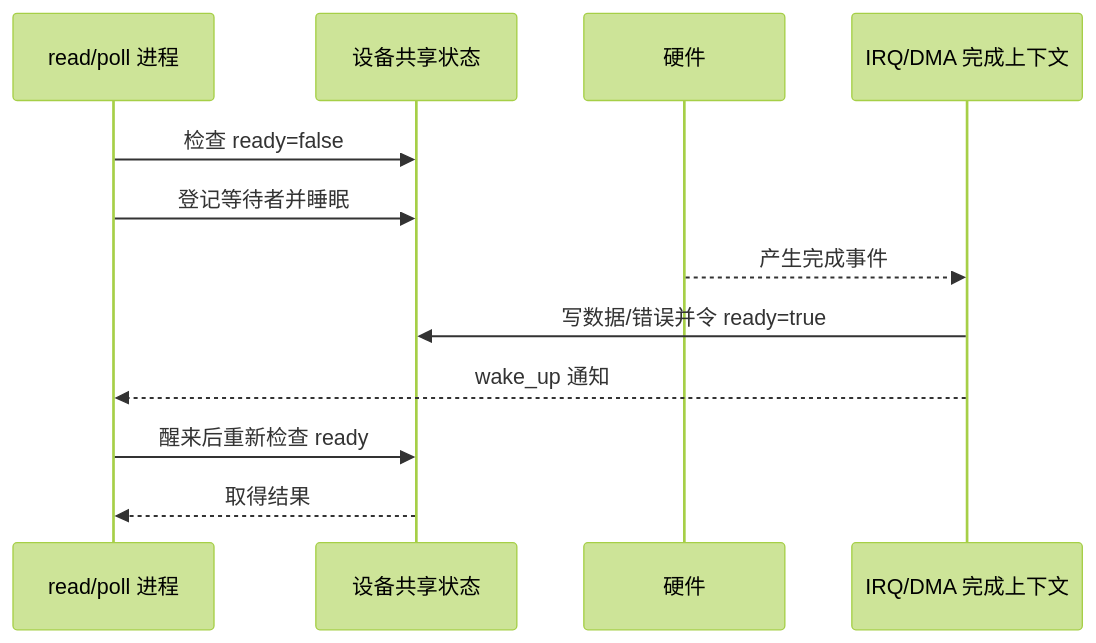
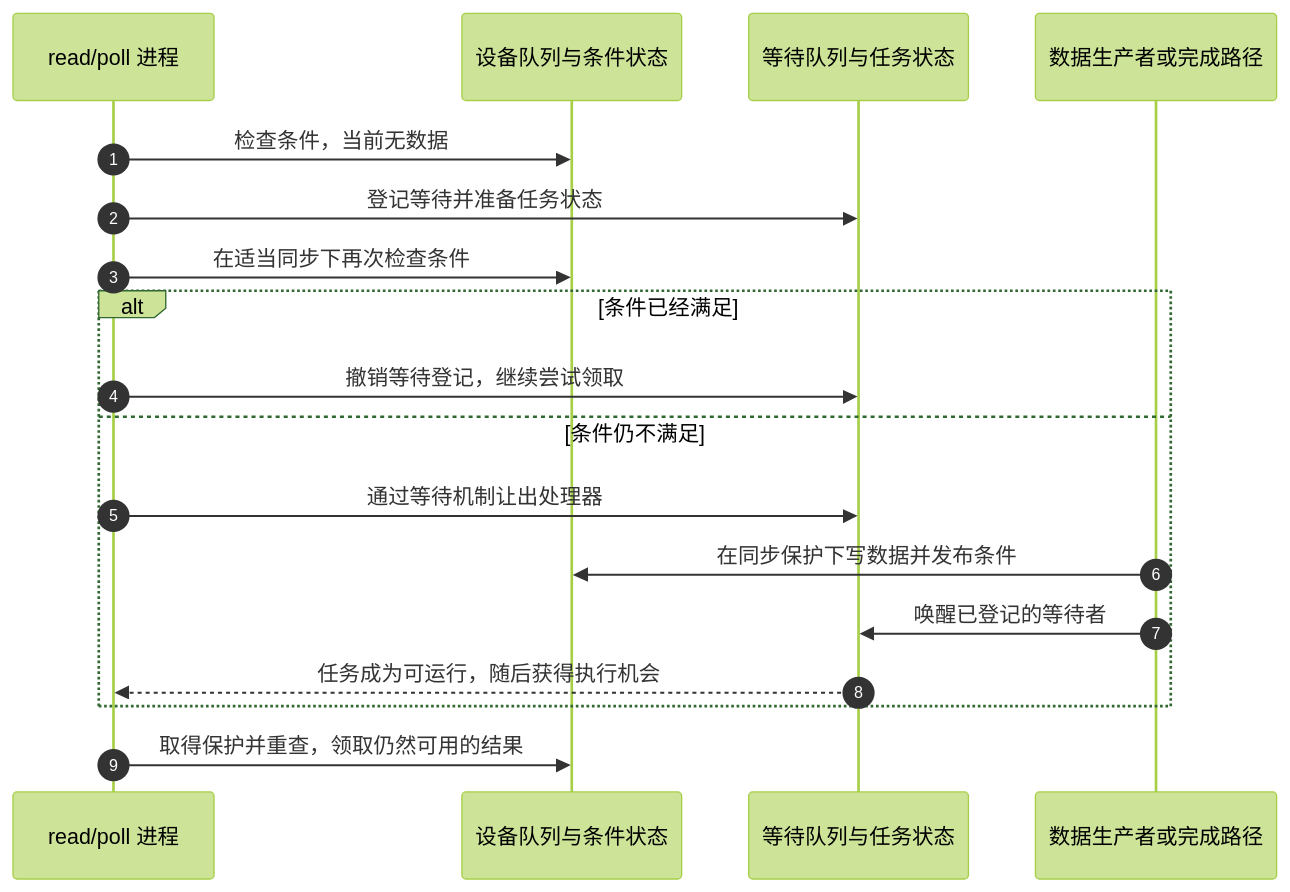
The third of 5 diagrams in knowledge/driver_model/character_device/P01_字符设备最小模型.md (FormingSystem/linux_note), drawn with Mermaid (forest theme) before and after one commit. The commit also changed other lines of this file and 4 other files, not shown here.

````diff
--- a/knowledge/driver_model/character_device/P01_字符设备最小模型.md
+++ b/knowledge/driver_model/character_device/P01_字符设备最小模型.md
@@ -97,15 +117,20 @@
 ```mermaid
 sequenceDiagram
+    autonumber
     participant P as read/poll 进程
-    participant S as 设备共享状态
-    participant H as 硬件
-    participant I as IRQ/DMA 完成上下文
-
-    P->>S: 检查 ready=false
-    P->>S: 登记等待者并睡眠
-    H-->>I: 产生完成事件
-    I->>S: 写数据/错误并令 ready=true
-    I-->>P: wake_up 通知
-    P->>S: 醒来后重新检查 ready
-    S-->>P: 取得结果
+    participant S as 设备队列与条件状态
+    participant W as 等待队列与任务状态
+    participant I as 数据生产者或完成路径
+    P->>S: 检查条件，当前无数据
+    P->>W: 登记等待并准备任务状态
+    P->>S: 在适当同步下再次检查条件
+    alt 条件已经满足
+        P->>W: 撤销等待登记，继续尝试领取
+    else 条件仍不满足
+        P->>W: 通过等待机制让出处理器
+        I->>S: 在同步保护下写数据并发布条件
+        I->>W: 唤醒已登记的等待者
+        W-->>P: 任务成为可运行，随后获得执行机会
+    end
+    P->>S: 取得保护并重查，领取仍然可用的结果
 ```
````
